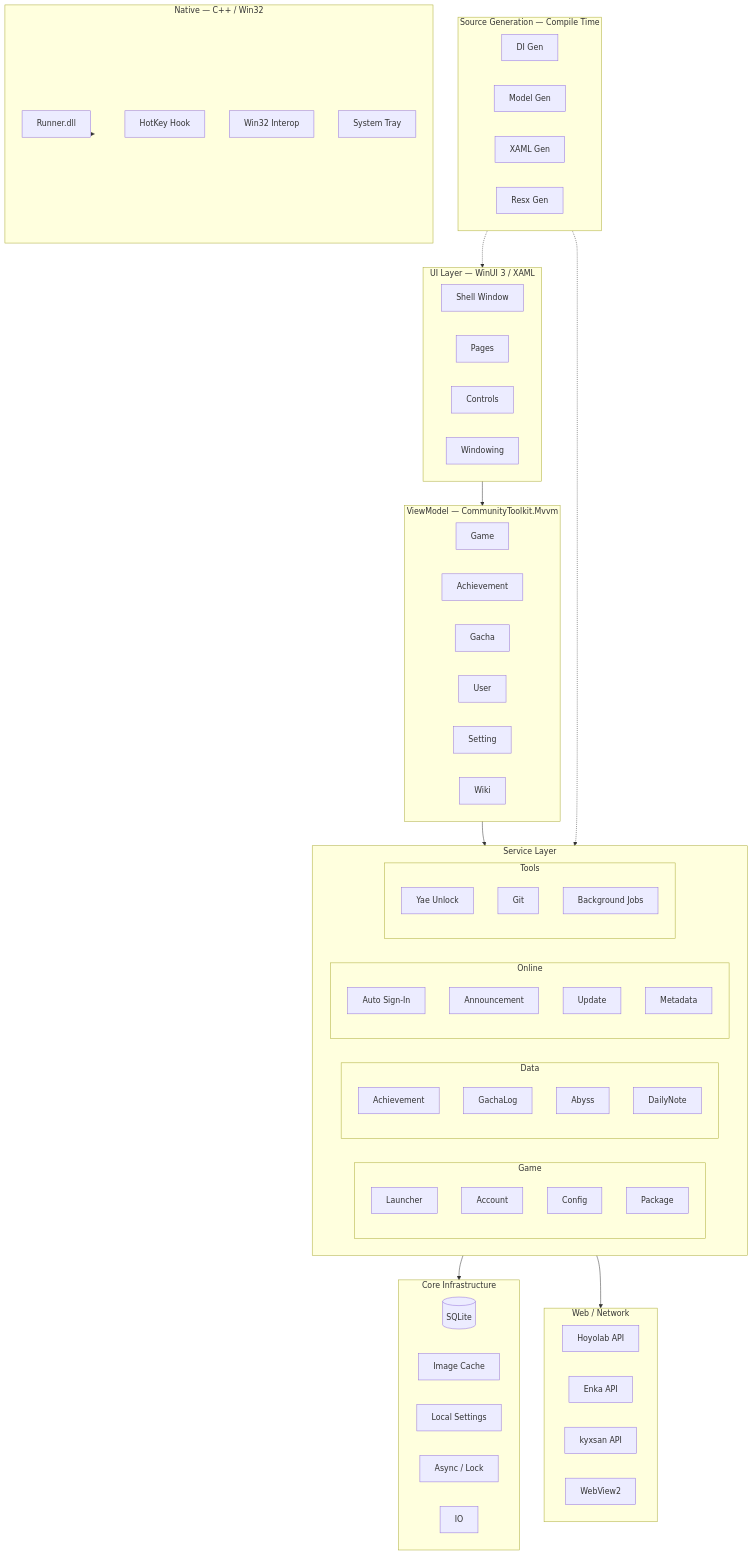
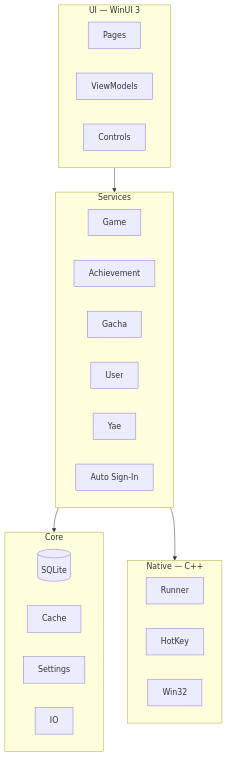
Before and after one commit to ky3-studio/ky3-Launcher: the second of 2 diagrams in README.md, drawn with Mermaid. The commit also changed other lines of this file, not shown here.

Commit message:
docs: reduce architecture diagram size

````diff
--- a/README.md
+++ b/README.md
@@ -54,49 +33,21 @@
 ```mermaid
 graph TD
-    subgraph UI["UI Layer — WinUI 3 / XAML"]
-        Shell[Shell Window] & Pages[Pages] & Controls[Controls] & Windowing[Windowing]
+    subgraph UI["UI — WinUI 3"]
+        Pages & ViewModels & Controls
     end
 
-    subgraph ViewModel["ViewModel — CommunityToolkit.Mvvm"]
-        GameVM[Game] & AchievementVM[Achievement] & GachaVM[Gacha] & UserVM[User] & SettingVM[Setting] & WikiVM[Wiki]
+    subgraph Services["Services"]
+        Game & Achievement & Gacha & User & Yae & SignIn[Auto Sign-In]
     end
 
-    subgraph Services["Service Layer"]
-        direction LR
-        subgraph Game["Game"]
-            Launcher[Launcher] & Account[Account] & Config[Config] & Package[Package]
-        end
-        subgraph Data["Data"]
-            Achievement[Achievement] & GachaLog[GachaLog] & SpiralAbyss[Abyss] & DailyNote[DailyNote]
-        end
-        subgraph Online["Online"]
-            SignIn[Auto Sign-In] & Announce[Announcement] & Update[Update] & Metadata[Metadata]
-        end
-        subgraph Tools["Tools"]
-            Yae[Yae Unlock] & Git[Git] & Jobs[Background Jobs]
-        end
+    subgraph Core["Core"]
+        DB[(SQLite)] & Cache & Settings & IO
     end
 
-    subgraph Core["Core Infrastructure"]
-        DB[(SQLite)] & Cache[Image Cache] & Settings[Local Settings] & Threading[Async / Lock] & IO[IO]
+    subgraph Native["Native — C++"]
+        Runner & HotKey & Win32
     end
 
-    subgraph Web["Web / Network"]
-        Hoyolab[Hoyolab API] & Enka[Enka API] & KyxsanAPI[kyxsan API] & WebView2[WebView2]
-    end
-
-    subgraph Native["Native — C++ / Win32"]
-        Runner[Runner.dll] & HotKey[HotKey Hook] & Win32[Win32 Interop] & Tray[System Tray]
-    end
-
-    subgraph SourceGen["Source Generation — Compile Time"]
-        DIGen[DI Gen] & ModelGen[Model Gen] & XamlGen[XAML Gen] & ResxGen[Resx Gen]
-    end
-
-    UI --> ViewModel --> Services
-    Services --> Core
-    Services --> Web
-    Native --> Runner
-    SourceGen -.-> UI
-    SourceGen -.-> Services
+    UI --> Services --> Core
+    Services --> Native
 ```
````
